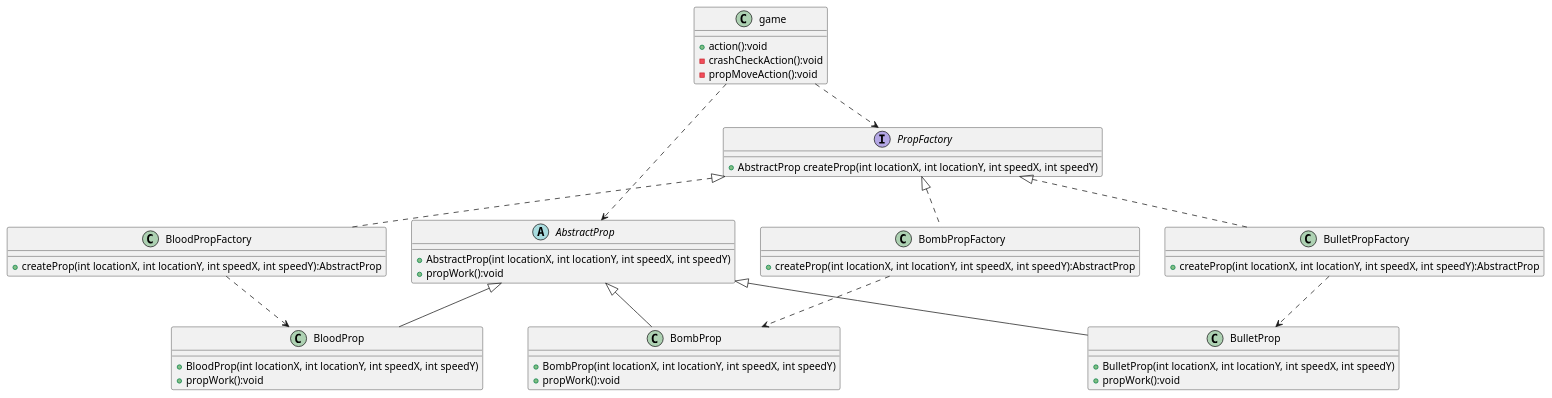
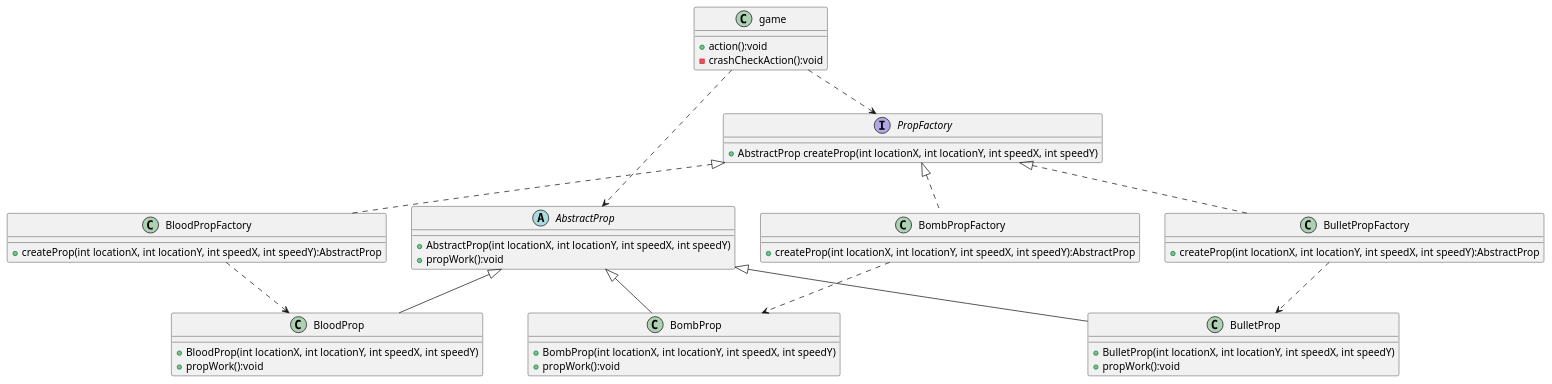
One commit to Lai-JX/java_lab changed the diagram in uml/PropFactory.puml. Above: the diagram before and after it, drawn with PlantUML. The commit also changed 22 other files, not shown here.

```diff
--- a/uml/PropFactory.puml
+++ b/uml/PropFactory.puml
@@ -1,80 +1,79 @@
 @startuml
 'https://plantuml.com/class-diagram
 
 class game
 {
     + action():void
     - crashCheckAction():void
-    - propMoveAction():void
 
 }
 
 
 
 abstract class AbstractProp
 {
     + AbstractProp(int locationX, int locationY, int speedX, int speedY)
     + propWork():void
 }
 interface PropFactory
 {
     + AbstractProp createProp(int locationX, int locationY, int speedX, int speedY)
 }
 class BloodPropFactory
 {
     + createProp(int locationX, int locationY, int speedX, int speedY):AbstractProp
 }
 class BombPropFactory
 {
     + createProp(int locationX, int locationY, int speedX, int speedY):AbstractProp
 }
 class BulletPropFactory
 {
     + createProp(int locationX, int locationY, int speedX, int speedY):AbstractProp
 }
 
 
 
 class BloodProp {
     + BloodProp(int locationX, int locationY, int speedX, int speedY)
     + propWork():void
 }
 
 class BombProp {
     + BombProp(int locationX, int locationY, int speedX, int speedY)
     + propWork():void
 }
 
 class BulletProp {
     + BulletProp(int locationX, int locationY, int speedX, int speedY)
     + propWork():void
 }
 
 game..>PropFactory
 game..>AbstractProp
 
 
 
 AbstractProp<|--BulletProp
 AbstractProp<|--BombProp
 AbstractProp<|--BloodProp
 
 PropFactory<|..BloodPropFactory
 PropFactory<|..BombPropFactory
 PropFactory<|..BulletPropFactory
 
 BloodPropFactory..>BloodProp
 BulletPropFactory..>BulletProp
 BombPropFactory..>BombProp
 
 
 
 
 
 
 
 
 
 
 
 @enduml
```
